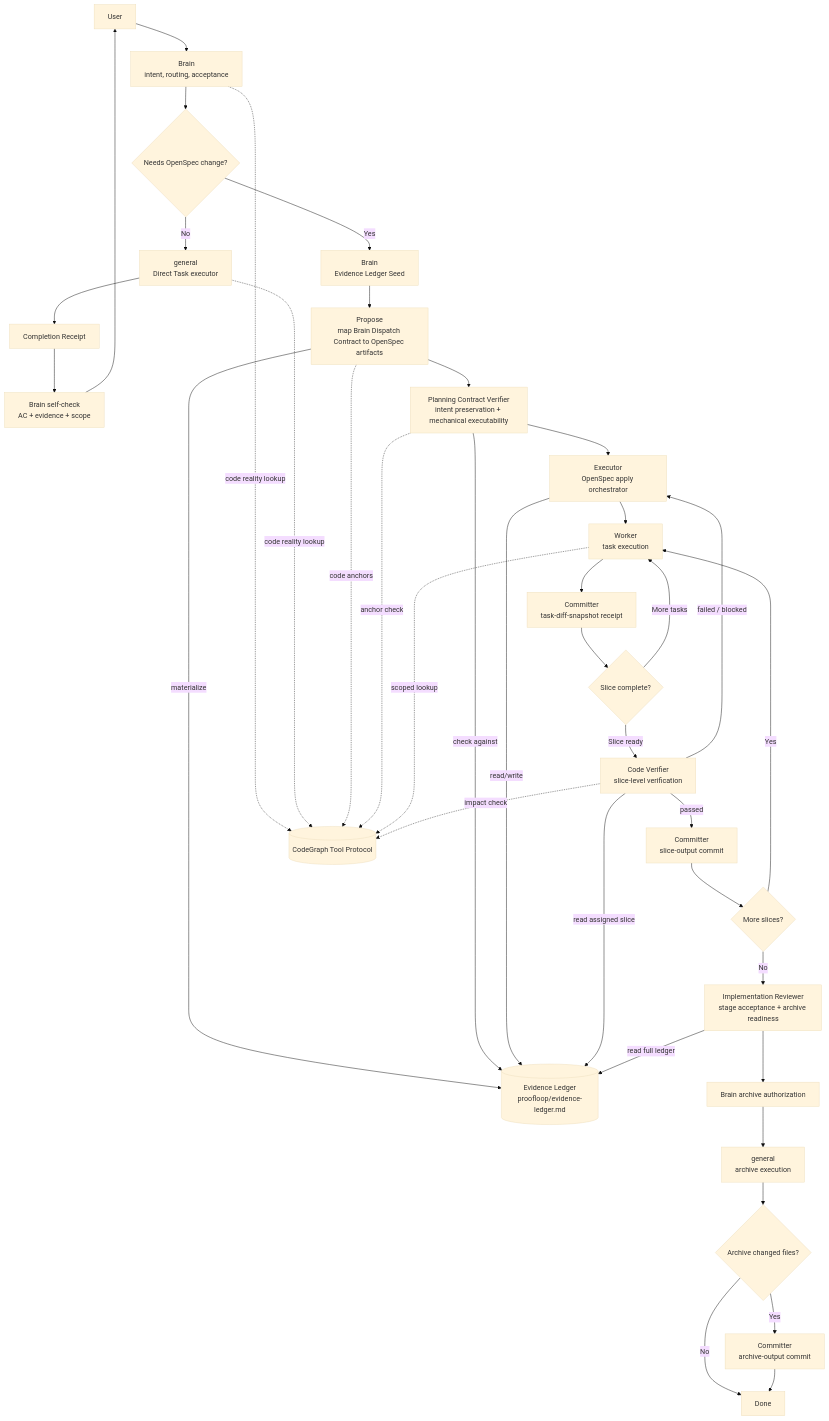
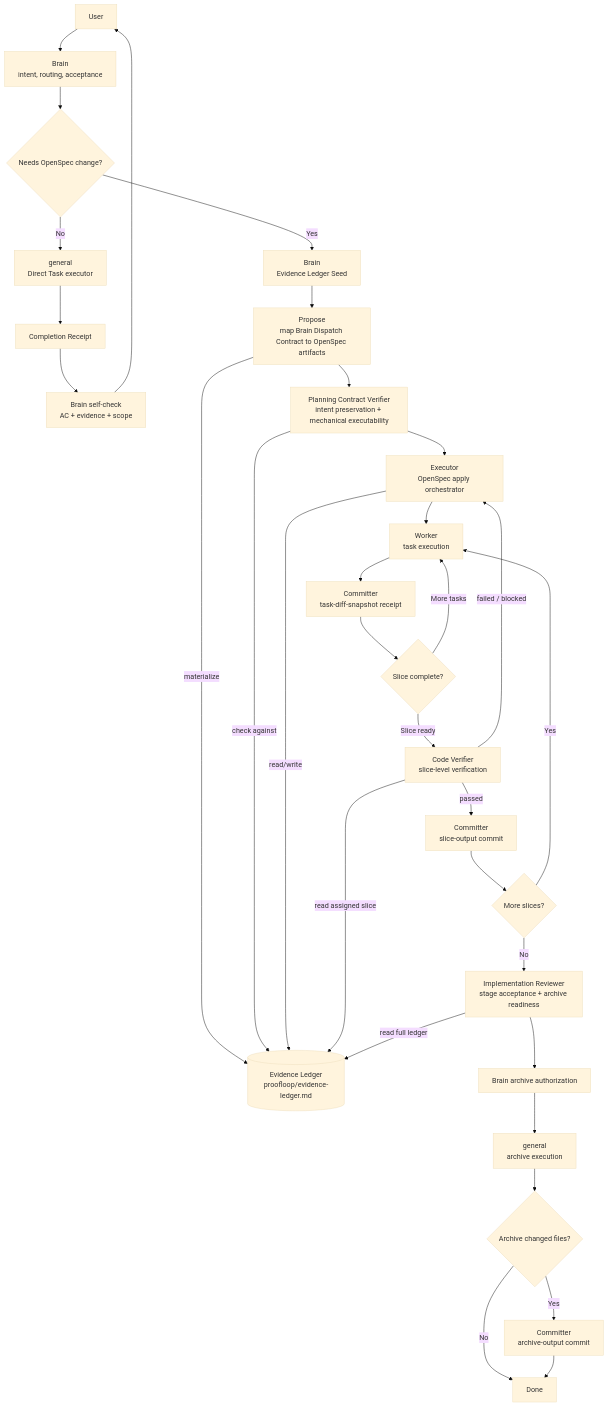
One commit to LZHcode1986/ProofLoop changed the diagram in README.md. Above: the diagram before and after it, drawn with Mermaid (base theme). The commit also changed other lines of this file and 16 other files, not shown here.

````diff
--- a/README.md
+++ b/README.md
@@ -28,51 +28,43 @@
 ```mermaid
 flowchart TD
     U[User] --> B[Brain\nintent, routing, acceptance]
 
     B --> D{Needs OpenSpec change?}
 
     D -- No --> G[general\nDirect Task executor]
     G --> GR[Completion Receipt]
     GR --> BS[Brain self-check\nAC + evidence + scope]
     BS --> U
 
     D -- Yes --> BLS[Brain\nEvidence Ledger Seed]
     BLS --> P[Propose\nmap Brain Dispatch Contract to OpenSpec artifacts]
 
     EL[(Evidence Ledger\nproofloop/evidence-ledger.md)]
     P -->|materialize| EL
 
     P --> PCV[Planning Contract Verifier\nintent preservation + mechanical executability]
     PCV -->|check against| EL
     PCV --> X[Executor\nOpenSpec apply orchestrator]
 
     X -->|read/write| EL
     X --> W[Worker\ntask execution]
     W --> TDS[Committer\ntask-diff-snapshot receipt]
     TDS --> SG{Slice complete?}
     SG -- More tasks --> W
     SG -- Slice ready --> CV[Code Verifier\nslice-level verification]
 
     CV -->|read assigned slice| EL
     CV -- failed / blocked --> X
     CV -- passed --> SC[Committer\nslice-output commit]
     SC --> NS{More slices?}
     NS -- Yes --> W
     NS -- No --> IR[Implementation Reviewer\nstage acceptance + archive readiness]
 
     IR -->|read full ledger| EL
     IR --> BA[Brain archive authorization]
     BA --> AE[general\narchive execution]
     AE --> AO{Archive changed files?}
     AO -- Yes --> AC[Committer\narchive-output commit]
     AO -- No --> DONE[Done]
     AC --> DONE
-
-    CG[(CodeGraph Tool Protocol)]
-    B -. code reality lookup .-> CG
-    G -. code reality lookup .-> CG
-    P -. code anchors .-> CG
-    PCV -. anchor check .-> CG
-    W -. scoped lookup .-> CG
-    CV -. impact check .-> CG
 ```
````
